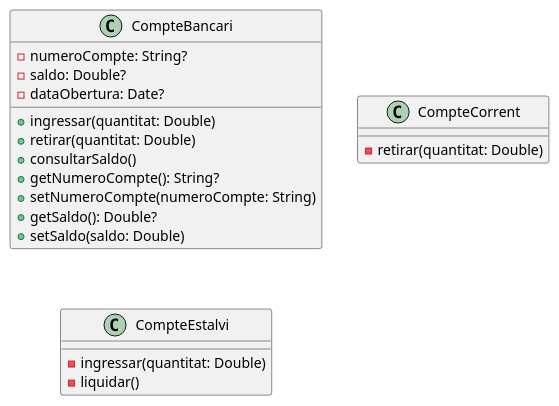
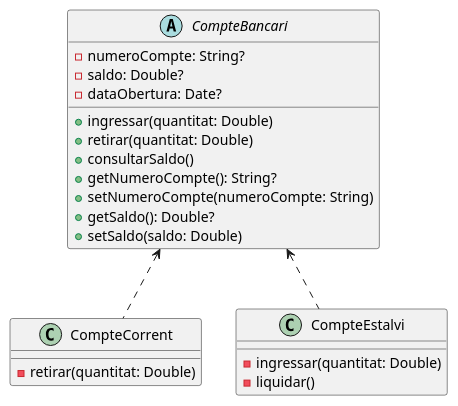
One commit to AlanTeixido/ProgramaccioObjectes changed the diagram in src/main/kotlin/Activitats_UF4_A15_Lladres_legals/uml/diagramaUMLClasses.puml. Above: the diagram before and after it, drawn with PlantUML. The commit also changed 2 other files, not shown here.

Commit message:
Correció classes i uml

```diff
--- a/src/main/kotlin/Activitats_UF4_A15_Lladres_legals/uml/diagramaUMLClasses.puml
+++ b/src/main/kotlin/Activitats_UF4_A15_Lladres_legals/uml/diagramaUMLClasses.puml
@@ -1,26 +1,28 @@
 @startuml
 
-    class "CompteBancari" {
-        - numeroCompte: String?
-        - saldo: Double?
-        - dataObertura: Date?
-        + ingressar(quantitat: Double)
-        + retirar(quantitat: Double)
-        + consultarSaldo()
-        + getNumeroCompte(): String?
-        + setNumeroCompte(numeroCompte: String)
-        + getSaldo(): Double?
-        + setSaldo(saldo: Double)
-    }
-
-    class "CompteCorrent" {
-        - retirar(quantitat: Double)
-    }
-
-    class "CompteEstalvi" {
-        - ingressar(quantitat: Double)
-        - liquidar()
-    }
+abstract class "CompteBancari" {
+    - numeroCompte: String?
+    - saldo: Double?
+    - dataObertura: Date?
+    + ingressar(quantitat: Double)
+    + retirar(quantitat: Double)
+    + consultarSaldo()
+    + getNumeroCompte(): String?
+    + setNumeroCompte(numeroCompte: String)
+    + getSaldo(): Double?
+    + setSaldo(saldo: Double)
 }
 
+class "CompteCorrent" {
+    - retirar(quantitat: Double)
+}
+
+class "CompteEstalvi" {
+    - ingressar(quantitat: Double)
+    - liquidar()
+}
+
+"CompteBancari" <.. "CompteCorrent"
+"CompteBancari" <.. "CompteEstalvi"
+
 @enduml
```
